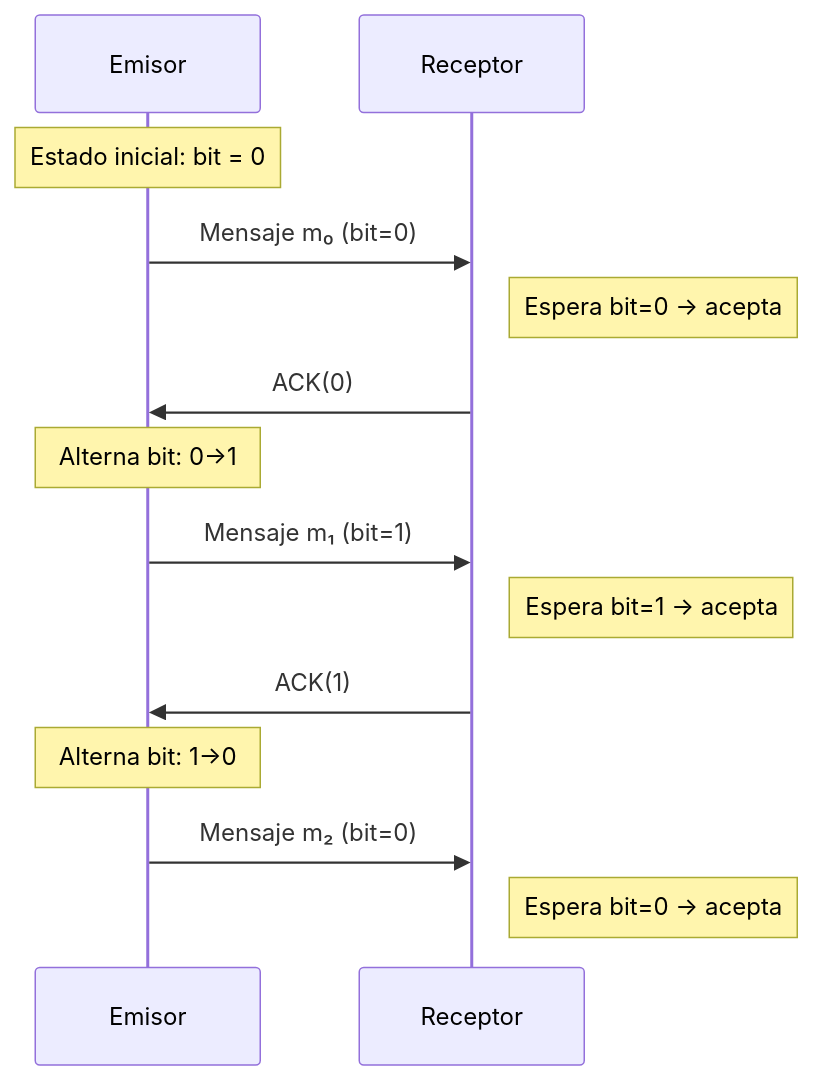
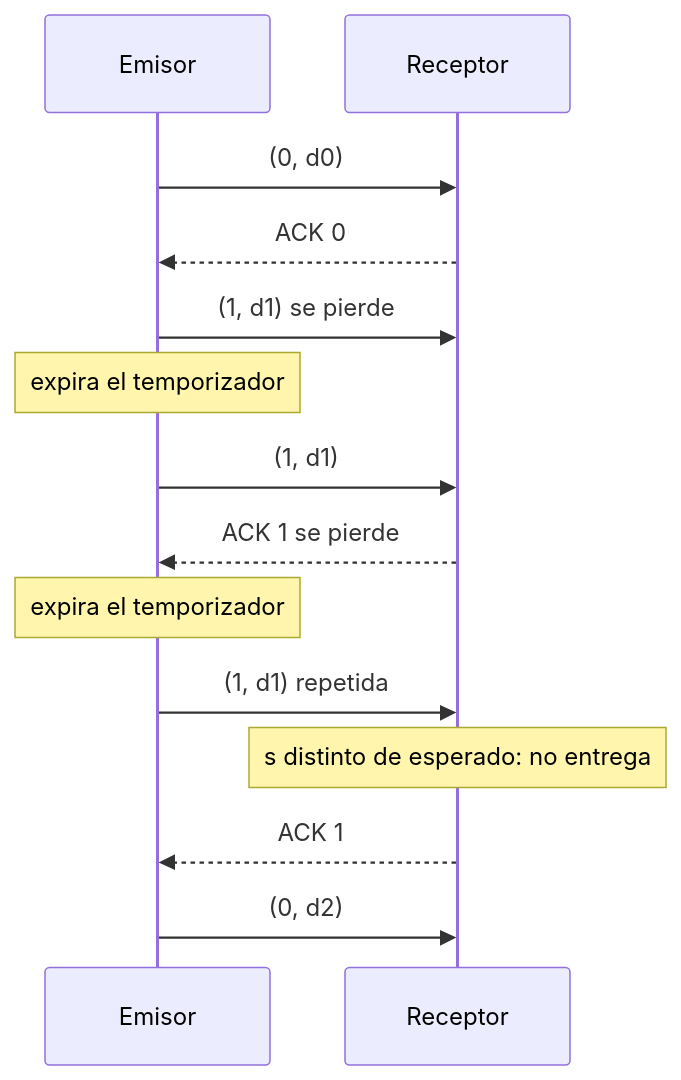
Before and after one commit to djaimej/computer-science-template: the diagram in public/documents/semester-5/2/5221.md, drawn with Mermaid. The commit also changed other lines of this file and 2 other files, not shown here.

````diff
--- a/public/documents/semester-5/2/5221.md
+++ b/public/documents/semester-5/2/5221.md
@@ -25,17 +34,16 @@
 ```mermaid
 sequenceDiagram
-    participant S as Emisor
+    participant E as Emisor
     participant R as Receptor
-
-    Note over S: Estado inicial: bit = 0
-    S->>R: Mensaje m₀ (bit=0)
-    Note right of R: Espera bit=0 → acepta
-    R->>S: ACK(0)
-    Note over S: Alterna bit: 0→1
-    S->>R: Mensaje m₁ (bit=1)
-    Note right of R: Espera bit=1 → acepta
-    R->>S: ACK(1)
-    Note over S: Alterna bit: 1→0
-    S->>R: Mensaje m₂ (bit=0)
-    Note right of R: Espera bit=0 → acepta
+    E->>R: (0, d0)
+    R-->>E: ACK 0
+    E->>R: (1, d1) se pierde
+    Note over E: expira el temporizador
+    E->>R: (1, d1)
+    R-->>E: ACK 1 se pierde
+    Note over E: expira el temporizador
+    E->>R: (1, d1) repetida
+    Note over R: s distinto de esperado: no entrega
+    R-->>E: ACK 1
+    E->>R: (0, d2)
 ```
````
